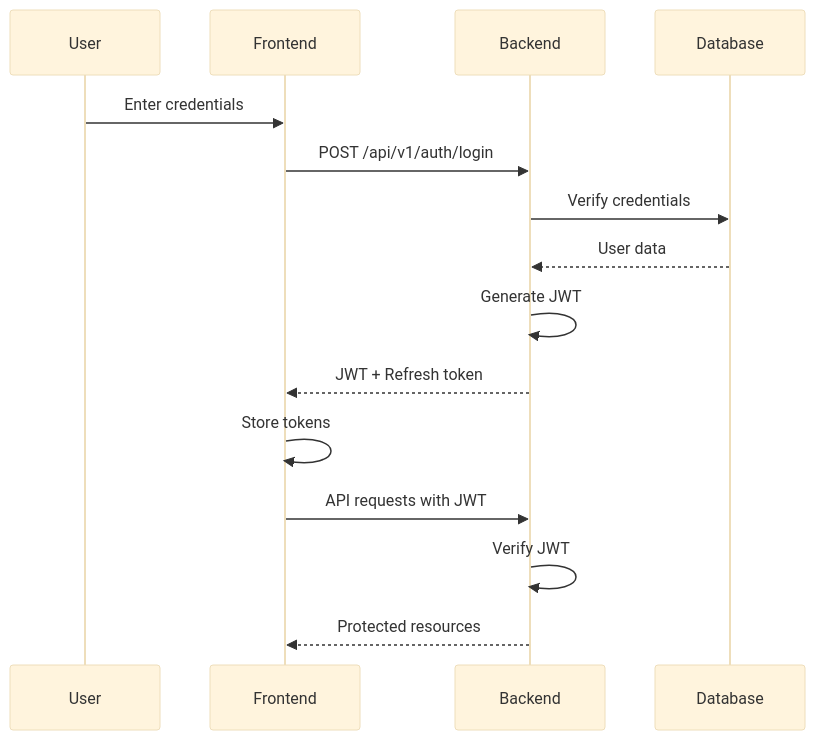
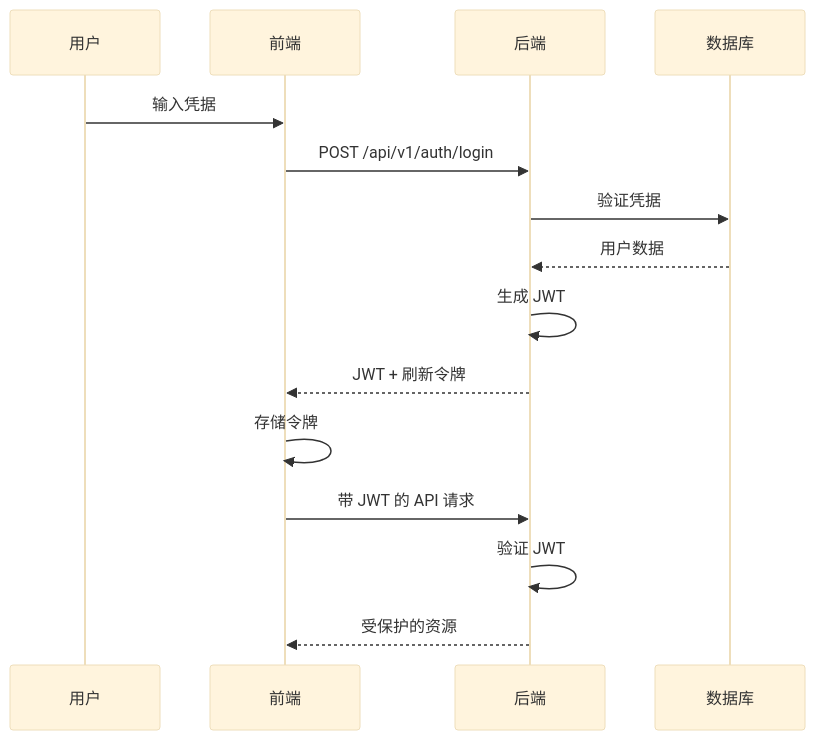
One commit to sansi-lcj/nextjs-boilerplate changed the diagram in docs/architecture/security.md. Above: the diagram before and after it, drawn with Mermaid (base theme). The commit also changed other lines of this file and 9 other files, not shown here.

````diff
--- a/docs/architecture/security.md
+++ b/docs/architecture/security.md
@@ -20,18 +20,18 @@
 ```mermaid
 sequenceDiagram
-    participant User
-    participant Frontend
-    participant Backend
-    participant Database
+    participant 用户
+    participant 前端
+    participant 后端
+    participant 数据库
     
-    User->>Frontend: Enter credentials
-    Frontend->>Backend: POST /api/v1/auth/login
-    Backend->>Database: Verify credentials
-    Database-->>Backend: User data
-    Backend->>Backend: Generate JWT
-    Backend-->>Frontend: JWT + Refresh token
-    Frontend->>Frontend: Store tokens
-    Frontend->>Backend: API requests with JWT
-    Backend->>Backend: Verify JWT
-    Backend-->>Frontend: Protected resources
+    用户->>前端: 输入凭据
+    前端->>后端: POST /api/v1/auth/login
+    后端->>数据库: 验证凭据
+    数据库-->>后端: 用户数据
+    后端->>后端: 生成 JWT
+    后端-->>前端: JWT + 刷新令牌
+    前端->>前端: 存储令牌
+    前端->>后端: 带 JWT 的 API 请求
+    后端->>后端: 验证 JWT
+    后端-->>前端: 受保护的资源
 ```
````
